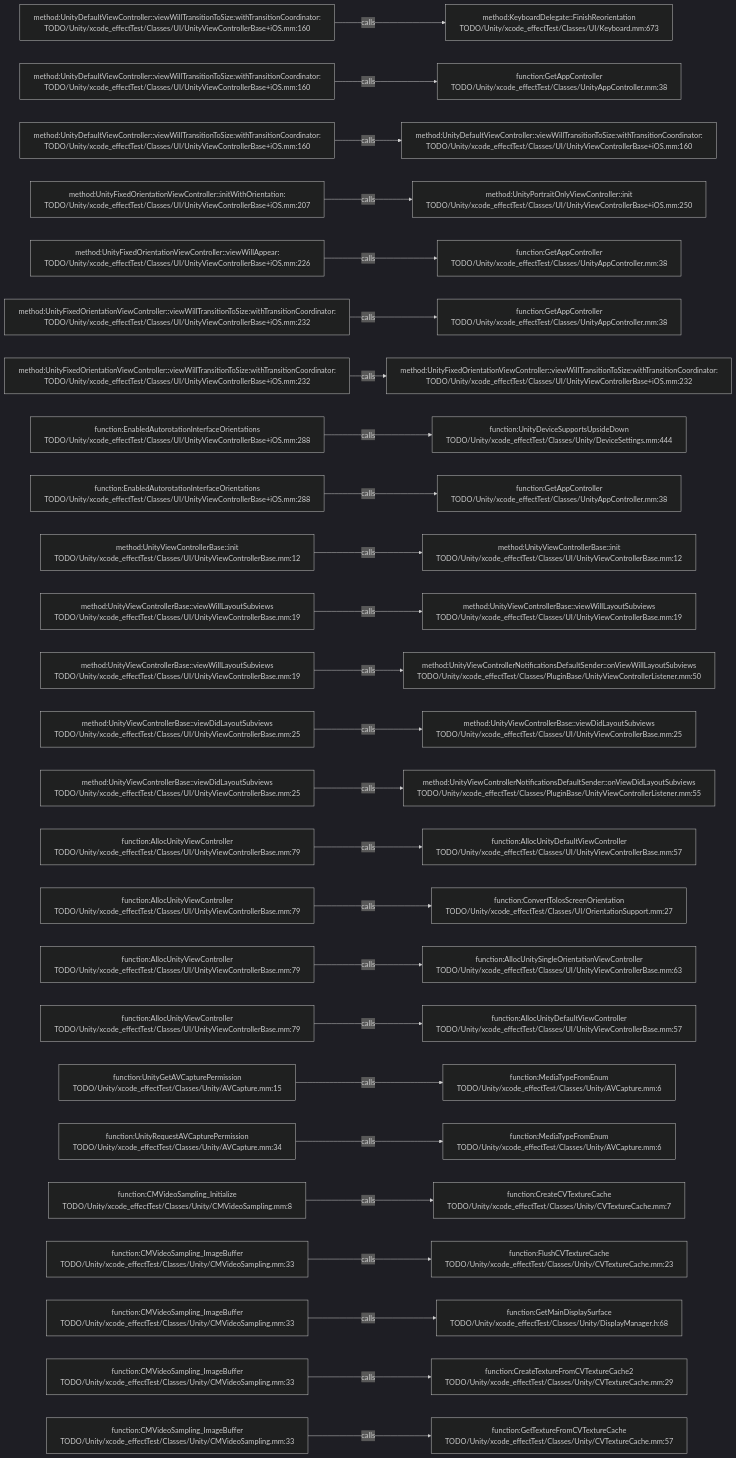
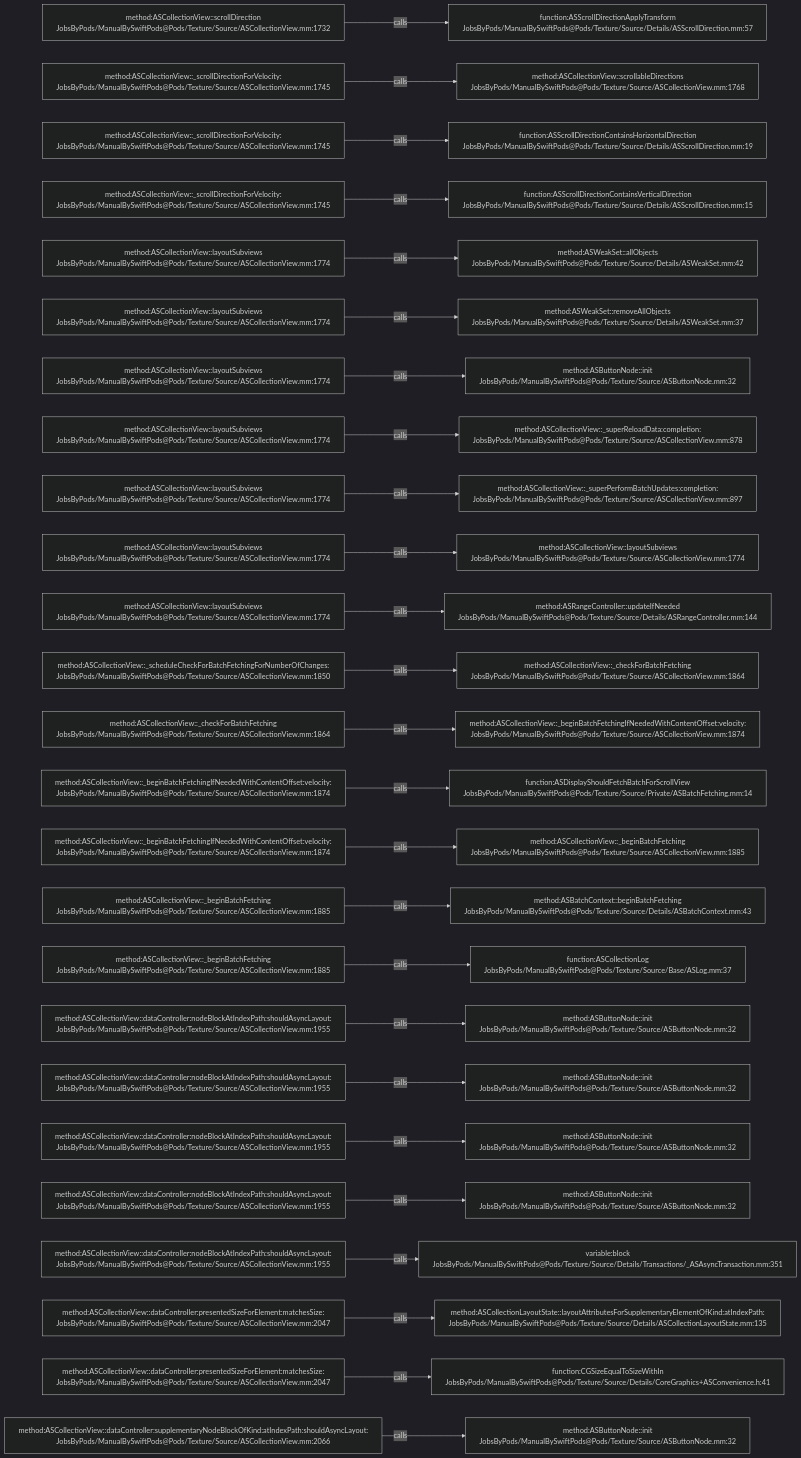
The diagram in .codegraph/codegraph.md/graphs/calls-032.md (JobsKits/JobsSwiftBaseConfigDemo), drawn with Mermaid (dark theme) before and after one commit. The commit also changed 2959 other files, not shown here.

````diff
--- a/.codegraph/codegraph.md/graphs/calls-032.md
+++ b/.codegraph/codegraph.md/graphs/calls-032.md
@@ -13,78 +13,78 @@
 ```mermaid
 flowchart LR
-  S1["method:UnityDefaultViewController::viewWillTransitionToSize:withTransitionCoordinator:<br/>TODO/Unity/xcode_effectTest/Classes/UI/UnityViewControllerBase+iOS.mm:160"]
-  T1["method:KeyboardDelegate::FinishReorientation<br/>TODO/Unity/xcode_effectTest/Classes/UI/Keyboard.mm:673"]
+  S1["method:ASCollectionView::scrollDirection<br/>JobsByPods/ManualBySwiftPods@Pods/Texture/Source/ASCollectionView.mm:1732"]
+  T1["function:ASScrollDirectionApplyTransform<br/>JobsByPods/ManualBySwiftPods@Pods/Texture/Source/Details/ASScrollDirection.mm:57"]
   S1 -->|calls| T1
-  S2["method:UnityDefaultViewController::viewWillTransitionToSize:withTransitionCoordinator:<br/>TODO/Unity/xcode_effectTest/Classes/UI/UnityViewControllerBase+iOS.mm:160"]
-  T2["function:GetAppController<br/>TODO/Unity/xcode_effectTest/Classes/UnityAppController.mm:38"]
+  S2["method:ASCollectionView::_scrollDirectionForVelocity:<br/>JobsByPods/ManualBySwiftPods@Pods/Texture/Source/ASCollectionView.mm:1745"]
+  T2["method:ASCollectionView::scrollableDirections<br/>JobsByPods/ManualBySwiftPods@Pods/Texture/Source/ASCollectionView.mm:1768"]
   S2 -->|calls| T2
-  S3["method:UnityDefaultViewController::viewWillTransitionToSize:withTransitionCoordinator:<br/>TODO/Unity/xcode_effectTest/Classes/UI/UnityViewControllerBase+iOS.mm:160"]
-  T3["method:UnityDefaultViewController::viewWillTransitionToSize:withTransitionCoordinator:<br/>TODO/Unity/xcode_effectTest/Classes/UI/UnityViewControllerBase+iOS.mm:160"]
+  S3["method:ASCollectionView::_scrollDirectionForVelocity:<br/>JobsByPods/ManualBySwiftPods@Pods/Texture/Source/ASCollectionView.mm:1745"]
+  T3["function:ASScrollDirectionContainsHorizontalDirection<br/>JobsByPods/ManualBySwiftPods@Pods/Texture/Source/Details/ASScrollDirection.mm:19"]
   S3 -->|calls| T3
-  S4["method:UnityFixedOrientationViewController::initWithOrientation:<br/>TODO/Unity/xcode_effectTest/Classes/UI/UnityViewControllerBase+iOS.mm:207"]
-  T4["method:UnityPortraitOnlyViewController::init<br/>TODO/Unity/xcode_effectTest/Classes/UI/UnityViewControllerBase+iOS.mm:250"]
+  S4["method:ASCollectionView::_scrollDirectionForVelocity:<br/>JobsByPods/ManualBySwiftPods@Pods/Texture/Source/ASCollectionView.mm:1745"]
+  T4["function:ASScrollDirectionContainsVerticalDirection<br/>JobsByPods/ManualBySwiftPods@Pods/Texture/Source/Details/ASScrollDirection.mm:15"]
   S4 -->|calls| T4
-  S5["method:UnityFixedOrientationViewController::viewWillAppear:<br/>TODO/Unity/xcode_effectTest/Classes/UI/UnityViewControllerBase+iOS.mm:226"]
-  T5["function:GetAppController<br/>TODO/Unity/xcode_effectTest/Classes/UnityAppController.mm:38"]
+  S5["method:ASCollectionView::layoutSubviews<br/>JobsByPods/ManualBySwiftPods@Pods/Texture/Source/ASCollectionView.mm:1774"]
+  T5["method:ASWeakSet::allObjects<br/>JobsByPods/ManualBySwiftPods@Pods/Texture/Source/Details/ASWeakSet.mm:42"]
   S5 -->|calls| T5
-  S6["method:UnityFixedOrientationViewController::viewWillTransitionToSize:withTransitionCoordinator:<br/>TODO/Unity/xcode_effectTest/Classes/UI/UnityViewControllerBase+iOS.mm:232"]
-  T6["function:GetAppController<br/>TODO/Unity/xcode_effectTest/Classes/UnityAppController.mm:38"]
+  S6["method:ASCollectionView::layoutSubviews<br/>JobsByPods/ManualBySwiftPods@Pods/Texture/Source/ASCollectionView.mm:1774"]
+  T6["method:ASWeakSet::removeAllObjects<br/>JobsByPods/ManualBySwiftPods@Pods/Texture/Source/Details/ASWeakSet.mm:37"]
   S6 -->|calls| T6
-  S7["method:UnityFixedOrientationViewController::viewWillTransitionToSize:withTransitionCoordinator:<br/>TODO/Unity/xcode_effectTest/Classes/UI/UnityViewControllerBase+iOS.mm:232"]
-  T7["method:UnityFixedOrientationViewController::viewWillTransitionToSize:withTransitionCoordinator:<br/>TODO/Unity/xcode_effectTest/Classes/UI/UnityViewControllerBase+iOS.mm:232"]
+  S7["method:ASCollectionView::layoutSubviews<br/>JobsByPods/ManualBySwiftPods@Pods/Texture/Source/ASCollectionView.mm:1774"]
+  T7["method:ASButtonNode::init<br/>JobsByPods/ManualBySwiftPods@Pods/Texture/Source/ASButtonNode.mm:32"]
   S7 -->|calls| T7
-  S8["function:EnabledAutorotationInterfaceOrientations<br/>TODO/Unity/xcode_effectTest/Classes/UI/UnityViewControllerBase+iOS.mm:288"]
-  T8["function:UnityDeviceSupportsUpsideDown<br/>TODO/Unity/xcode_effectTest/Classes/Unity/DeviceSettings.mm:444"]
+  S8["method:ASCollectionView::layoutSubviews<br/>JobsByPods/ManualBySwiftPods@Pods/Texture/Source/ASCollectionView.mm:1774"]
+  T8["method:ASCollectionView::_superReloadData:completion:<br/>JobsByPods/ManualBySwiftPods@Pods/Texture/Source/ASCollectionView.mm:878"]
   S8 -->|calls| T8
-  S9["function:EnabledAutorotationInterfaceOrientations<br/>TODO/Unity/xcode_effectTest/Classes/UI/UnityViewControllerBase+iOS.mm:288"]
-  T9["function:GetAppController<br/>TODO/Unity/xcode_effectTest/Classes/UnityAppController.mm:38"]
+  S9["method:ASCollectionView::layoutSubviews<br/>JobsByPods/ManualBySwiftPods@Pods/Texture/Source/ASCollectionView.mm:1774"]
+  T9["method:ASCollectionView::_superPerformBatchUpdates:completion:<br/>JobsByPods/ManualBySwiftPods@Pods/Texture/Source/ASCollectionView.mm:897"]
   S9 -->|calls| T9
-  S10["method:UnityViewControllerBase::init<br/>TODO/Unity/xcode_effectTest/Classes/UI/UnityViewControllerBase.mm:12"]
-  T10["method:UnityViewControllerBase::init<br/>TODO/Unity/xcode_effectTest/Classes/UI/UnityViewControllerBase.mm:12"]
+  S10["method:ASCollectionView::layoutSubviews<br/>JobsByPods/ManualBySwiftPods@Pods/Texture/Source/ASCollectionView.mm:1774"]
+  T10["method:ASCollectionView::layoutSubviews<br/>JobsByPods/ManualBySwiftPods@Pods/Texture/Source/ASCollectionView.mm:1774"]
   S10 -->|calls| T10
-  S11["method:UnityViewControllerBase::viewWillLayoutSubviews<br/>TODO/Unity/xcode_effectTest/Classes/UI/UnityViewControllerBase.mm:19"]
-  T11["method:UnityViewControllerBase::viewWillLayoutSubviews<br/>TODO/Unity/xcode_effectTest/Classes/UI/UnityViewControllerBase.mm:19"]
+  S11["method:ASCollectionView::layoutSubviews<br/>JobsByPods/ManualBySwiftPods@Pods/Texture/Source/ASCollectionView.mm:1774"]
+  T11["method:ASRangeController::updateIfNeeded<br/>JobsByPods/ManualBySwiftPods@Pods/Texture/Source/Details/ASRangeController.mm:144"]
   S11 -->|calls| T11
-  S12["method:UnityViewControllerBase::viewWillLayoutSubviews<br/>TODO/Unity/xcode_effectTest/Classes/UI/UnityViewControllerBase.mm:19"]
-  T12["method:UnityViewControllerNotificationsDefaultSender::onViewWillLayoutSubviews<br/>TODO/Unity/xcode_effectTest/Classes/PluginBase/UnityViewControllerListener.mm:50"]
+  S12["method:ASCollectionView::_scheduleCheckForBatchFetchingForNumberOfChanges:<br/>JobsByPods/ManualBySwiftPods@Pods/Texture/Source/ASCollectionView.mm:1850"]
+  T12["method:ASCollectionView::_checkForBatchFetching<br/>JobsByPods/ManualBySwiftPods@Pods/Texture/Source/ASCollectionView.mm:1864"]
   S12 -->|calls| T12
-  S13["method:UnityViewControllerBase::viewDidLayoutSubviews<br/>TODO/Unity/xcode_effectTest/Classes/UI/UnityViewControllerBase.mm:25"]
-  T13["method:UnityViewControllerBase::viewDidLayoutSubviews<br/>TODO/Unity/xcode_effectTest/Classes/UI/UnityViewControllerBase.mm:25"]
+  S13["method:ASCollectionView::_checkForBatchFetching<br/>JobsByPods/ManualBySwiftPods@Pods/Texture/Source/ASCollectionView.mm:1864"]
+  T13["method:ASCollectionView::_beginBatchFetchingIfNeededWithContentOffset:velocity:<br/>JobsByPods/ManualBySwiftPods@Pods/Texture/Source/ASCollectionView.mm:1874"]
   S13 -->|calls| T13
-  S14["method:UnityViewControllerBase::viewDidLayoutSubviews<br/>TODO/Unity/xcode_effectTest/Classes/UI/UnityViewControllerBase.mm:25"]
-  T14["method:UnityViewControllerNotificationsDefaultSender::onViewDidLayoutSubviews<br/>TODO/Unity/xcode_effectTest/Classes/PluginBase/UnityViewControllerListener.mm:55"]
+  S14["method:ASCollectionView::_beginBatchFetchingIfNeededWithContentOffset:velocity:<br/>JobsByPods/ManualBySwiftPods@Pods/Texture/Source/ASCollectionView.mm:1874"]
+  T14["function:ASDisplayShouldFetchBatchForScrollView<br/>JobsByPods/ManualBySwiftPods@Pods/Texture/Source/Private/ASBatchFetching.mm:14"]
   S14 -->|calls| T14
-  S15["function:AllocUnityViewController<br/>TODO/Unity/xcode_effectTest/Classes/UI/UnityViewControllerBase.mm:79"]
-  T15["function:AllocUnityDefaultViewController<br/>TODO/Unity/xcode_effectTest/Classes/UI/UnityViewControllerBase.mm:57"]
+  S15["method:ASCollectionView::_beginBatchFetchingIfNeededWithContentOffset:velocity:<br/>JobsByPods/ManualBySwiftPods@Pods/Texture/Source/ASCollectionView.mm:1874"]
+  T15["method:ASCollectionView::_beginBatchFetching<br/>JobsByPods/ManualBySwiftPods@Pods/Texture/Source/ASCollectionView.mm:1885"]
   S15 -->|calls| T15
-  S16["function:AllocUnityViewController<br/>TODO/Unity/xcode_effectTest/Classes/UI/UnityViewControllerBase.mm:79"]
-  T16["function:ConvertToIosScreenOrientation<br/>TODO/Unity/xcode_effectTest/Classes/UI/OrientationSupport.mm:27"]
+  S16["method:ASCollectionView::_beginBatchFetching<br/>JobsByPods/ManualBySwiftPods@Pods/Texture/Source/ASCollectionView.mm:1885"]
+  T16["method:ASBatchContext::beginBatchFetching<br/>JobsByPods/ManualBySwiftPods@Pods/Texture/Source/Details/ASBatchContext.mm:43"]
   S16 -->|calls| T16
-  S17["function:AllocUnityViewController<br/>TODO/Unity/xcode_effectTest/Classes/UI/UnityViewControllerBase.mm:79"]
-  T17["function:AllocUnitySingleOrientationViewController<br/>TODO/Unity/xcode_effectTest/Classes/UI/UnityViewControllerBase.mm:63"]
+  S17["method:ASCollectionView::_beginBatchFetching<br/>JobsByPods/ManualBySwiftPods@Pods/Texture/Source/ASCollectionView.mm:1885"]
+  T17["function:ASCollectionLog<br/>JobsByPods/ManualBySwiftPods@Pods/Texture/Source/Base/ASLog.mm:37"]
   S17 -->|calls| T17
-  S18["function:AllocUnityViewController<br/>TODO/Unity/xcode_effectTest/Classes/UI/UnityViewControllerBase.mm:79"]
-  T18["function:AllocUnityDefaultViewController<br/>TODO/Unity/xcode_effectTest/Classes/UI/UnityViewControllerBase.mm:57"]
+  S18["method:ASCollectionView::dataController:nodeBlockAtIndexPath:shouldAsyncLayout:<br/>JobsByPods/ManualBySwiftPods@Pods/Texture/Source/ASCollectionView.mm:1955"]
+  T18["method:ASButtonNode::init<br/>JobsByPods/ManualBySwiftPods@Pods/Texture/Source/ASButtonNode.mm:32"]
   S18 -->|calls| T18
-  S19["function:UnityGetAVCapturePermission<br/>TODO/Unity/xcode_effectTest/Classes/Unity/AVCapture.mm:15"]
-  T19["function:MediaTypeFromEnum<br/>TODO/Unity/xcode_effectTest/Classes/Unity/AVCapture.mm:6"]
+  S19["method:ASCollectionView::dataController:nodeBlockAtIndexPath:shouldAsyncLayout:<br/>JobsByPods/ManualBySwiftPods@Pods/Texture/Source/ASCollectionView.mm:1955"]
+  T19["method:ASButtonNode::init<br/>JobsByPods/ManualBySwiftPods@Pods/Texture/Source/ASButtonNode.mm:32"]
   S19 -->|calls| T19
-  S20["function:UnityRequestAVCapturePermission<br/>TODO/Unity/xcode_effectTest/Classes/Unity/AVCapture.mm:34"]
-  T20["function:MediaTypeFromEnum<br/>TODO/Unity/xcode_effectTest/Classes/Unity/AVCapture.mm:6"]
+  S20["method:ASCollectionView::dataController:nodeBlockAtIndexPath:shouldAsyncLayout:<br/>JobsByPods/ManualBySwiftPods@Pods/Texture/Source/ASCollectionView.mm:1955"]
+  T20["method:ASButtonNode::init<br/>JobsByPods/ManualBySwiftPods@Pods/Texture/Source/ASButtonNode.mm:32"]
   S20 -->|calls| T20
-  S21["function:CMVideoSampling_Initialize<br/>TODO/Unity/xcode_effectTest/Classes/Unity/CMVideoSampling.mm:8"]
-  T21["function:CreateCVTextureCache<br/>TODO/Unity/xcode_effectTest/Classes/Unity/CVTextureCache.mm:7"]
+  S21["method:ASCollectionView::dataController:nodeBlockAtIndexPath:shouldAsyncLayout:<br/>JobsByPods/ManualBySwiftPods@Pods/Texture/Source/ASCollectionView.mm:1955"]
+  T21["method:ASButtonNode::init<br/>JobsByPods/ManualBySwiftPods@Pods/Texture/Source/ASButtonNode.mm:32"]
   S21 -->|calls| T21
-  S22["function:CMVideoSampling_ImageBuffer<br/>TODO/Unity/xcode_effectTest/Classes/Unity/CMVideoSampling.mm:33"]
-  T22["function:FlushCVTextureCache<br/>TODO/Unity/xcode_effectTest/Classes/Unity/CVTextureCache.mm:23"]
+  S22["method:ASCollectionView::dataController:nodeBlockAtIndexPath:shouldAsyncLayout:<br/>JobsByPods/ManualBySwiftPods@Pods/Texture/Source/ASCollectionView.mm:1955"]
+  T22["variable:block<br/>JobsByPods/ManualBySwiftPods@Pods/Texture/Source/Details/Transactions/_ASAsyncTransaction.mm:351"]
   S22 -->|calls| T22
-  S23["function:CMVideoSampling_ImageBuffer<br/>TODO/Unity/xcode_effectTest/Classes/Unity/CMVideoSampling.mm:33"]
-  T23["function:GetMainDisplaySurface<br/>TODO/Unity/xcode_effectTest/Classes/Unity/DisplayManager.h:68"]
+  S23["method:ASCollectionView::dataController:presentedSizeForElement:matchesSize:<br/>JobsByPods/ManualBySwiftPods@Pods/Texture/Source/ASCollectionView.mm:2047"]
+  T23["method:ASCollectionLayoutState::layoutAttributesForSupplementaryElementOfKind:atIndexPath:<br/>JobsByPods/ManualBySwiftPods@Pods/Texture/Source/Details/ASCollectionLayoutState.mm:135"]
   S23 -->|calls| T23
-  S24["function:CMVideoSampling_ImageBuffer<br/>TODO/Unity/xcode_effectTest/Classes/Unity/CMVideoSampling.mm:33"]
-  T24["function:CreateTextureFromCVTextureCache2<br/>TODO/Unity/xcode_effectTest/Classes/Unity/CVTextureCache.mm:29"]
+  S24["method:ASCollectionView::dataController:presentedSizeForElement:matchesSize:<br/>JobsByPods/ManualBySwiftPods@Pods/Texture/Source/ASCollectionView.mm:2047"]
+  T24["function:CGSizeEqualToSizeWithIn<br/>JobsByPods/ManualBySwiftPods@Pods/Texture/Source/Details/CoreGraphics+ASConvenience.h:41"]
   S24 -->|calls| T24
-  S25["function:CMVideoSampling_ImageBuffer<br/>TODO/Unity/xcode_effectTest/Classes/Unity/CMVideoSampling.mm:33"]
-  T25["function:GetTextureFromCVTextureCache<br/>TODO/Unity/xcode_effectTest/Classes/Unity/CVTextureCache.mm:57"]
+  S25["method:ASCollectionView::dataController:supplementaryNodeBlockOfKind:atIndexPath:shouldAsyncLayout:<br/>JobsByPods/ManualBySwiftPods@Pods/Texture/Source/ASCollectionView.mm:2066"]
+  T25["method:ASButtonNode::init<br/>JobsByPods/ManualBySwiftPods@Pods/Texture/Source/ASButtonNode.mm:32"]
   S25 -->|calls| T25
 ```
````
